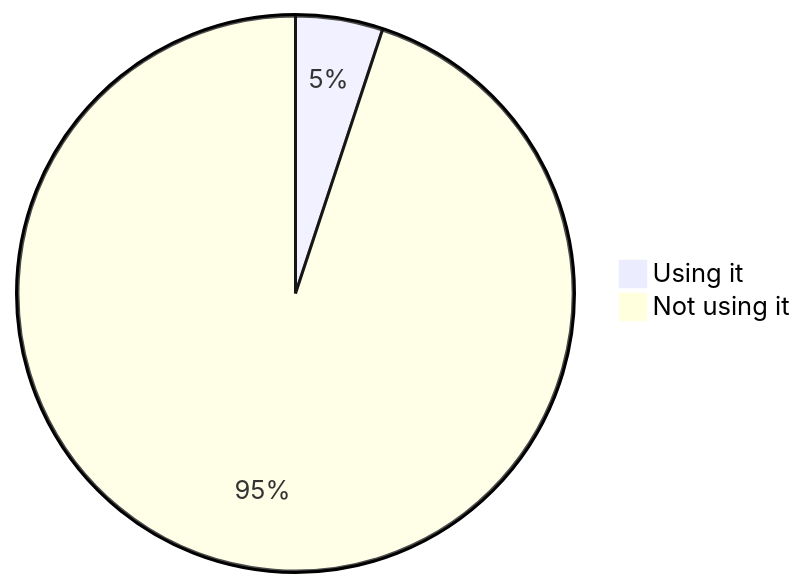
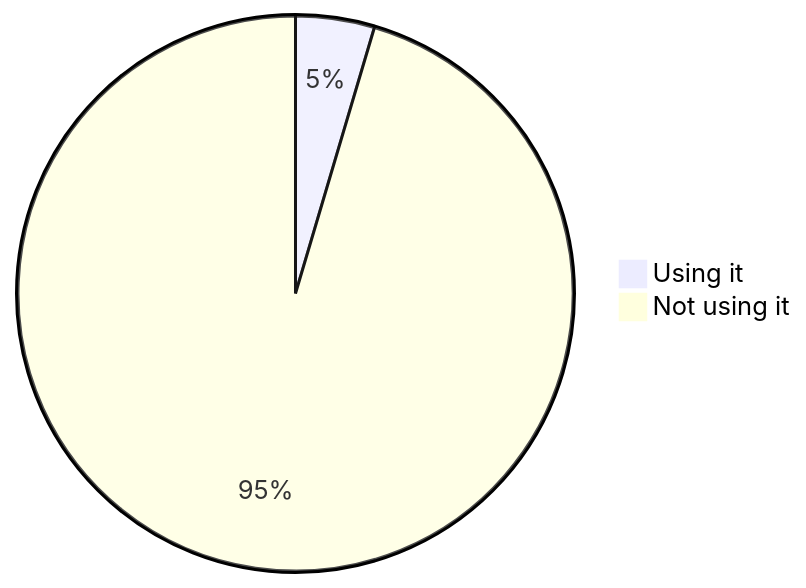
Diagram 11 of 22 in stats.md (oshp/oshp-stats), drawn with Mermaid before and after one commit. The commit also changed other lines of this file, not shown here.

````diff
--- a/stats.md
+++ b/stats.md
@@ -130,6 +130,6 @@
 ```mermaid
 pie
-	"Using it" : 5.07
-	"Not using it" : 94.93
+	"Using it" : 4.59
+	"Not using it" : 95.41
 
 ```
````
